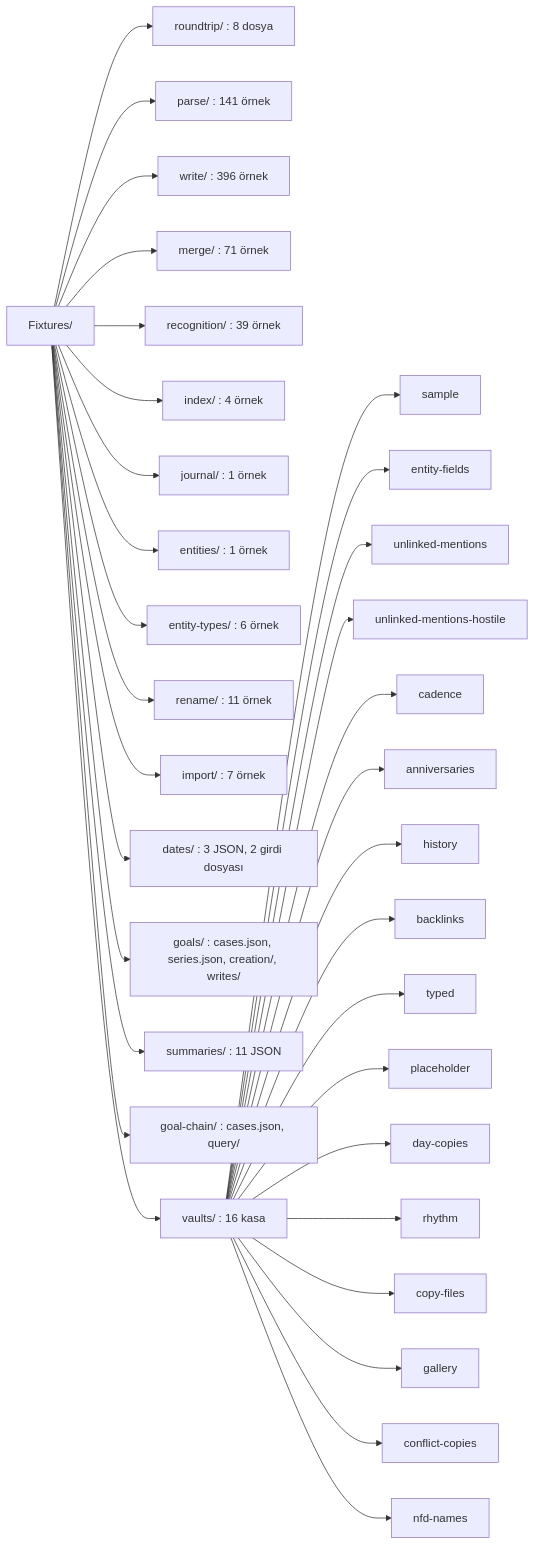
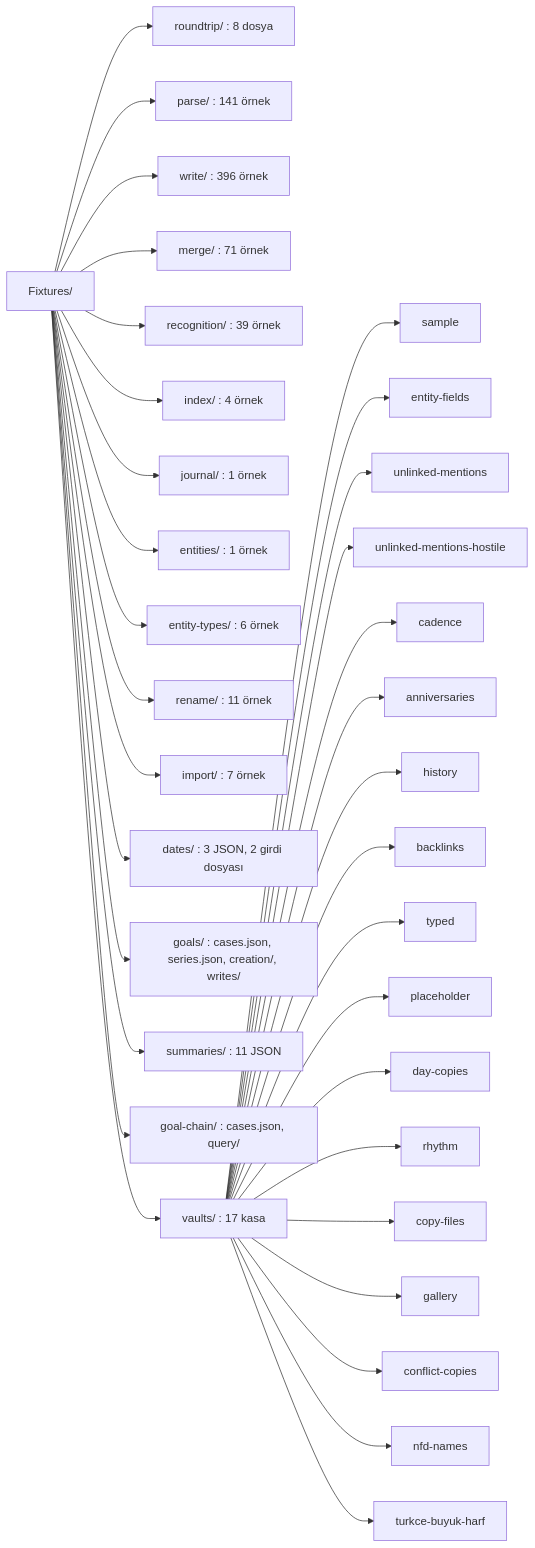
One commit to dogancanyildiz/kenet changed the first of 11 diagrams in docs/fixtures.md. Above: the diagram before and after it, drawn with Mermaid. The commit also changed other lines of this file and 54 other files, not shown here.

````diff
--- a/docs/fixtures.md
+++ b/docs/fixtures.md
@@ -15,36 +15,37 @@
 ```mermaid
 flowchart LR
   F["Fixtures/"]
   F --> RT["roundtrip/ : 8 dosya"]
   F --> PA["parse/ : 141 örnek"]
   F --> WR["write/ : 396 örnek"]
   F --> ME["merge/ : 71 örnek"]
   F --> RE["recognition/ : 39 örnek"]
   F --> IX["index/ : 4 örnek"]
   F --> JO["journal/ : 1 örnek"]
   F --> EN["entities/ : 1 örnek"]
   F --> ET["entity-types/ : 6 örnek"]
   F --> RN["rename/ : 11 örnek"]
   F --> IM["import/ : 7 örnek"]
   F --> DA["dates/ : 3 JSON, 2 girdi dosyası"]
   F --> GO["goals/ : cases.json, series.json, creation/, writes/"]
   F --> SU["summaries/ : 11 JSON"]
   F --> GC["goal-chain/ : cases.json, query/"]
-  F --> VA["vaults/ : 16 kasa"]
+  F --> VA["vaults/ : 17 kasa"]
   VA --> V1["sample"]
   VA --> V2["entity-fields"]
   VA --> V3["unlinked-mentions"]
   VA --> V4["unlinked-mentions-hostile"]
   VA --> V5["cadence"]
   VA --> V6["anniversaries"]
   VA --> V7["history"]
   VA --> V8["backlinks"]
   VA --> V9["typed"]
   VA --> V10["placeholder"]
   VA --> V11["day-copies"]
   VA --> V12["rhythm"]
   VA --> V13["copy-files"]
   VA --> V14["gallery"]
   VA --> V15["conflict-copies"]
   VA --> V16["nfd-names"]
+  VA --> V17["turkce-buyuk-harf"]
 ```
````
